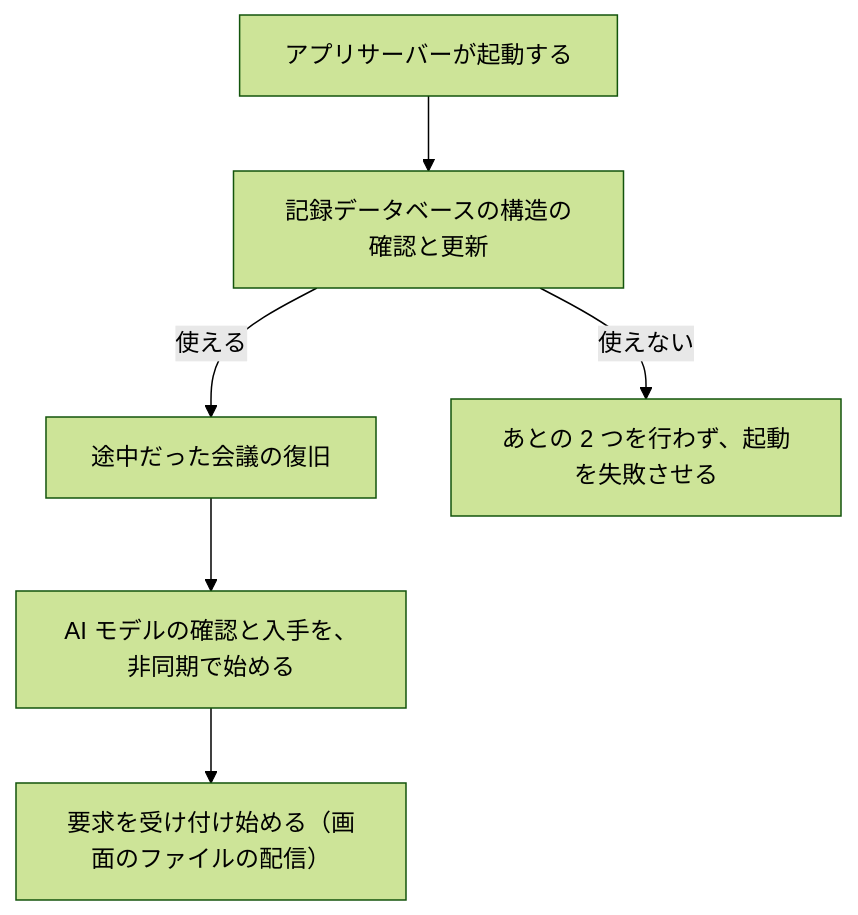
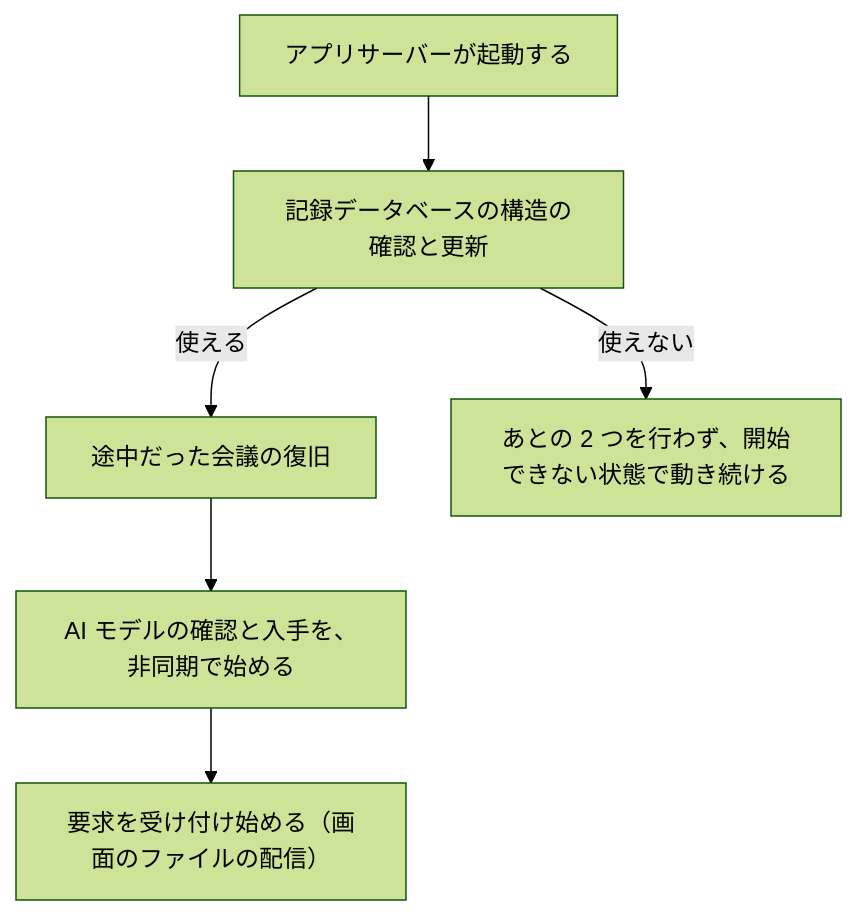
Before and after one commit to toshiakimamada-blip/mmd: the first of 2 diagrams in output_system/docs/operations.md, drawn with Mermaid (forest theme). The commit also changed other lines of this file and 8 other files, not shown here.

````diff
--- a/output_system/docs/operations.md
+++ b/output_system/docs/operations.md
@@ -9,8 +9,8 @@
 ```mermaid
 flowchart TD
     A["アプリサーバーが起動する"] --> B["記録データベースの構造の確認と更新"]
     B -- "使える" --> C["途中だった会議の復旧"]
-    B -- "使えない" --> X["あとの 2 つを行わず、起動を失敗させる"]
+    B -- "使えない" --> X["あとの 2 つを行わず、開始できない状態で動き続ける"]
     C --> D["AI モデルの確認と入手を、非同期で始める"]
     D --> E["要求を受け付け始める（画面のファイルの配信）"]
 ```
````
